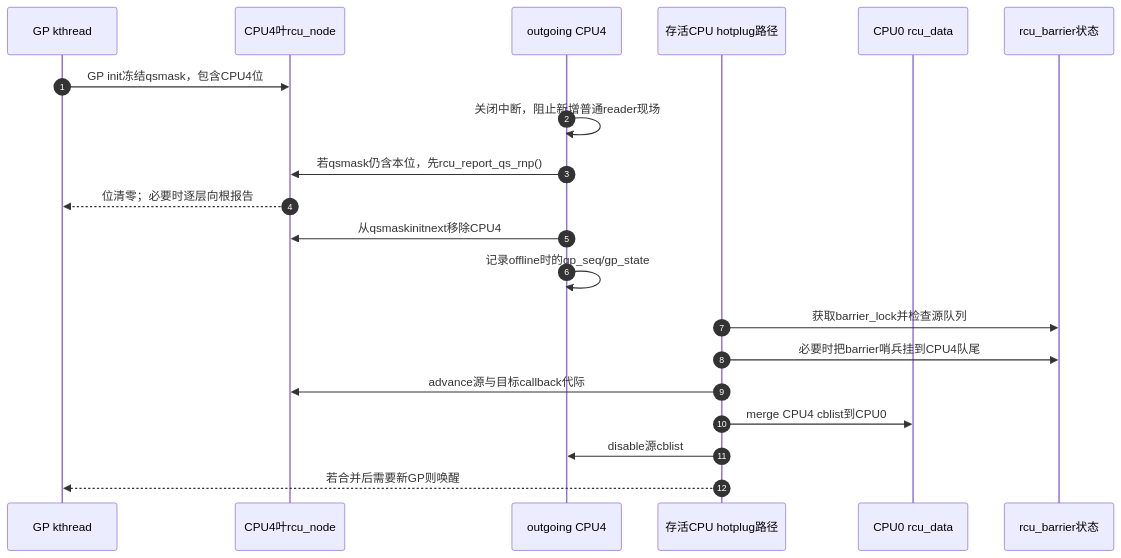
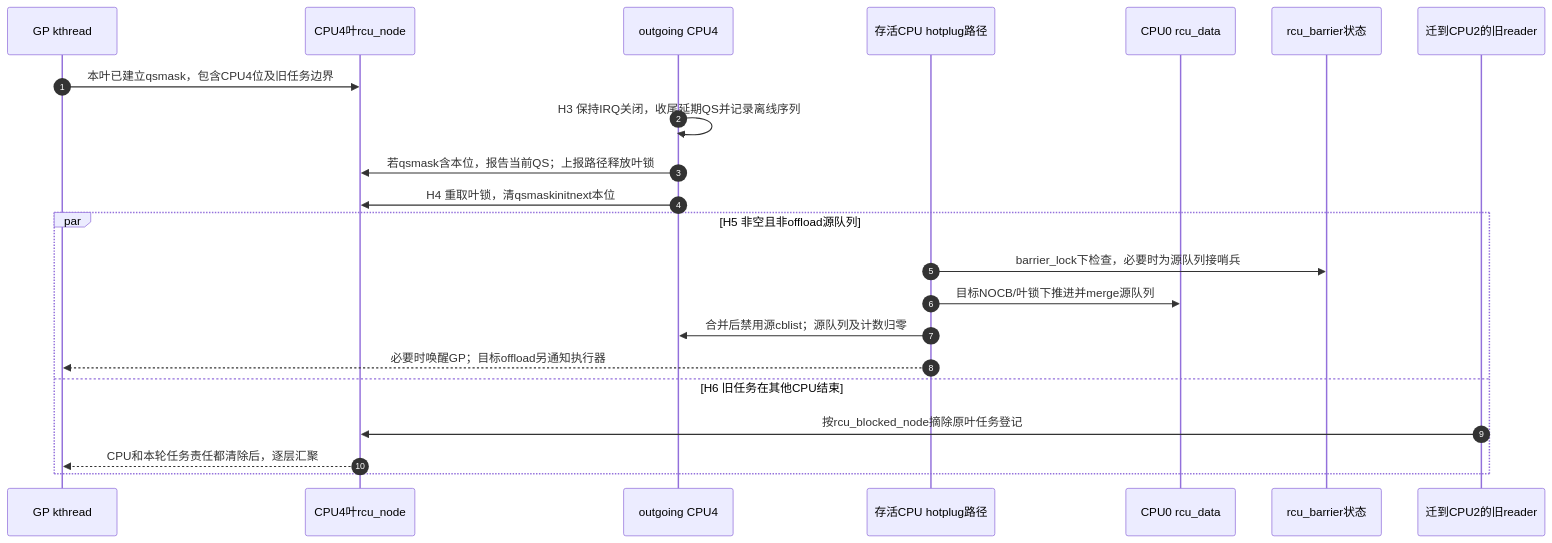
One commit to FormingSystem/linux_note changed the second of 2 diagrams in research/source_reading/rcu/navigation/P04_Linux_6.12_Tree_RCU_拓扑与CPU热插拔模块源码概念导读.md. Above: the diagram before and after it, drawn with Mermaid. The commit also changed other lines of this file and 1 other file, not shown here.

````diff
--- a/research/source_reading/rcu/navigation/P04_Linux_6.12_Tree_RCU_拓扑与CPU热插拔模块源码概念导读.md
+++ b/research/source_reading/rcu/navigation/P04_Linux_6.12_Tree_RCU_拓扑与CPU热插拔模块源码概念导读.md
@@ -112,23 +123,25 @@
 ```mermaid
 sequenceDiagram
     autonumber
     participant GP as GP kthread
     participant N as CPU4叶rcu_node
     participant C4 as outgoing CPU4
     participant HP as 存活CPU hotplug路径
     participant C0 as CPU0 rcu_data
     participant B as rcu_barrier状态
+    participant T as 迁到CPU2的旧reader
 
-    GP->>N: GP init冻结qsmask，包含CPU4位
-    C4->>C4: 关闭中断，阻止新增普通reader现场
-    C4->>N: 若qsmask仍含本位，先rcu_report_qs_rnp()
-    N-->>GP: 位清零；必要时逐层向根报告
-    C4->>N: 从qsmaskinitnext移除CPU4
-    C4->>C4: 记录offline时的gp_seq/gp_state
-    HP->>B: 获取barrier_lock并检查源队列
-    HP->>B: 必要时把barrier哨兵挂到CPU4队尾
-    HP->>N: advance源与目标callback代际
-    HP->>C0: merge CPU4 cblist到CPU0
-    HP->>C4: disable源cblist
-    HP-->>GP: 若合并后需要新GP则唤醒
+    GP->>N: 本叶已建立qsmask，包含CPU4位及旧任务边界
+    C4->>C4: H3 保持IRQ关闭，收尾延期QS并记录离线序列
+    C4->>N: 若qsmask含本位，报告当前QS；上报路径释放叶锁
+    C4->>N: H4 重取叶锁，清qsmaskinitnext本位
+    par H5 非空且非offload源队列
+        HP->>B: barrier_lock下检查，必要时为源队列接哨兵
+        HP->>C0: 目标NOCB/叶锁下推进并merge源队列
+        HP->>C4: 合并后禁用源cblist；源队列及计数归零
+        HP-->>GP: 必要时唤醒GP；目标offload另通知执行器
+    and H6 旧任务在其他CPU结束
+        T->>N: 按rcu_blocked_node摘除原叶任务登记
+        N-->>GP: CPU和本轮任务责任都清除后，逐层汇聚
+    end
 ```
````
